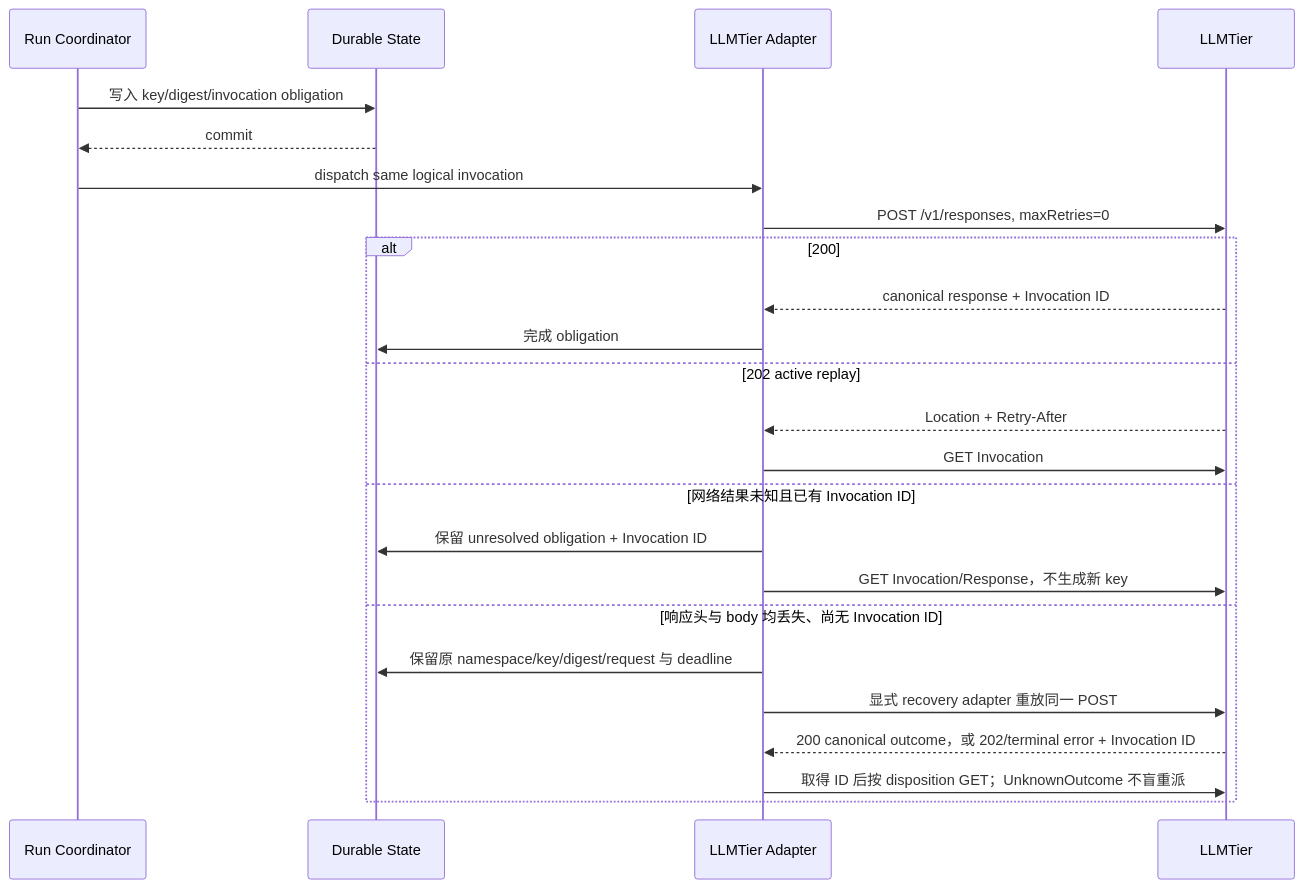
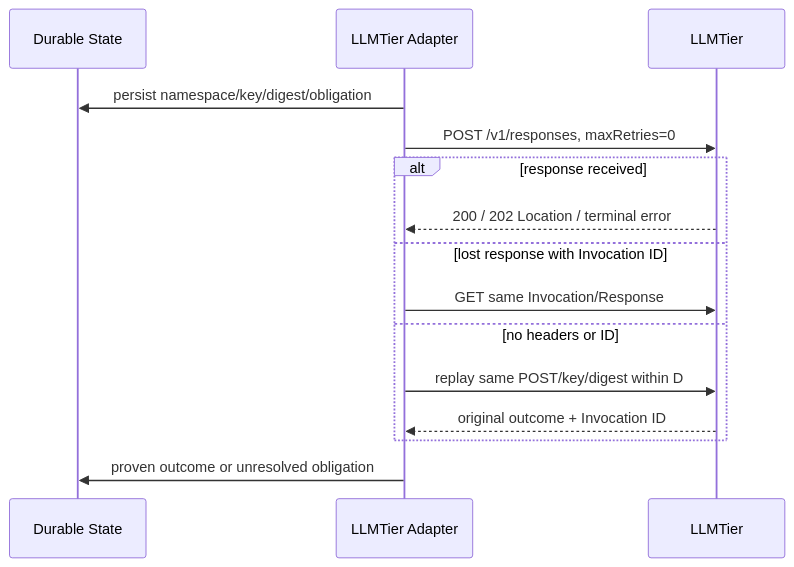
Before and after one commit to corezilla/piko: the fifth of 6 diagrams in docs/20_system_design/piko-agent-runtime-design-v0.3.md, drawn with Mermaid. The commit also changed other lines of this file and 5 other files, not shown here.

````diff
--- a/docs/20_system_design/piko-agent-runtime-design-v0.3.md
+++ b/docs/20_system_design/piko-agent-runtime-design-v0.3.md
@@ -241,26 +363,17 @@
 ```mermaid
 sequenceDiagram
-    participant R as Run Coordinator
     participant D as Durable State
     participant A as LLMTier Adapter
     participant L as LLMTier
-    R->>D: 写入 key/digest/invocation obligation
-    D-->>R: commit
-    R->>A: dispatch same logical invocation
+    A->>D: persist namespace/key/digest/obligation
     A->>L: POST /v1/responses, maxRetries=0
-    alt 200
-        L-->>A: canonical response + Invocation ID
-        A->>D: 完成 obligation
-    else 202 active replay
-        L-->>A: Location + Retry-After
-        A->>L: GET Invocation
-    else 网络结果未知且已有 Invocation ID
-        A->>D: 保留 unresolved obligation + Invocation ID
-        A->>L: GET Invocation/Response，不生成新 key
-    else 响应头与 body 均丢失、尚无 Invocation ID
-        A->>D: 保留原 namespace/key/digest/request 与 deadline
-        A->>L: 显式 recovery adapter 重放同一 POST
-        L-->>A: 200 canonical outcome，或 202/terminal error + Invocation ID
-        A->>L: 取得 ID 后按 disposition GET；UnknownOutcome 不盲重派
+    alt response received
+        L-->>A: 200 / 202 Location / terminal error
+    else lost response with Invocation ID
+        A->>L: GET same Invocation/Response
+    else no headers or ID
+        A->>L: replay same POST/key/digest within D
+        L-->>A: original outcome + Invocation ID
     end
+    A->>D: proven outcome or unresolved obligation
 ```
````
